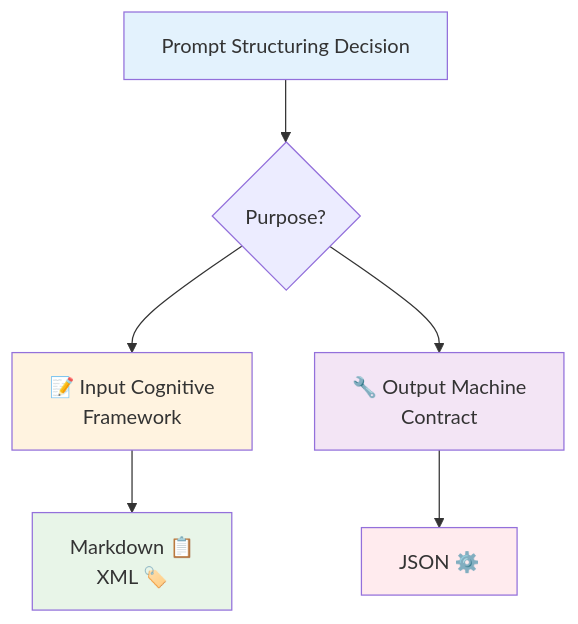
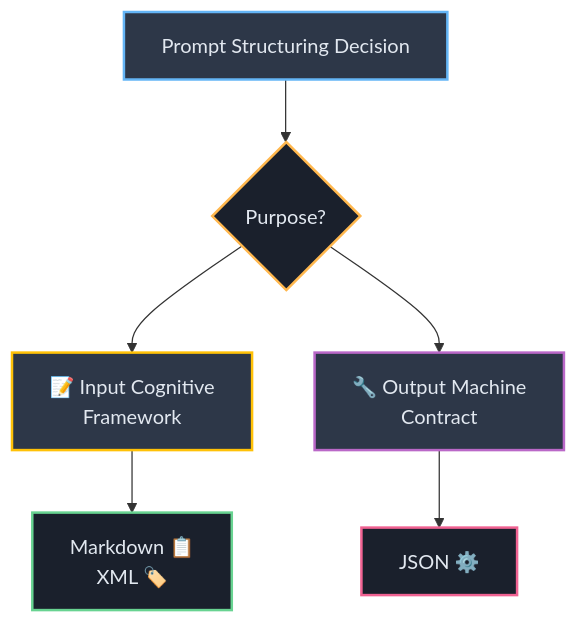
The first of 5 diagrams in Part_I_Section_2_Structuring_Prompts_A_Comparative_Analysis_of_Delimiters.md (josemlopez/prompt_tutorial), drawn with Mermaid before and after one commit. The commit also changed other lines of this file and 7 other files, not shown here.

````diff
--- a/Part_I_Section_2_Structuring_Prompts_A_Comparative_Analysis_of_Delimiters.md
+++ b/Part_I_Section_2_Structuring_Prompts_A_Comparative_Analysis_of_Delimiters.md
@@ -5,16 +5,17 @@
 ```mermaid
 graph TB
-    A[Prompt Structuring Decision] --> B{Purpose?}
-    
-    B --> C[📝 Input Cognitive<br/>Framework]
-    B --> D[🔧 Output Machine<br/>Contract]
-    
-    C --> E[Markdown 📋<br/>XML 🏷️]
-    D --> F[JSON ⚙️]
-    
-    style A fill:#e3f2fd
-    style C fill:#fff3e0
-    style D fill:#f3e5f5
-    style E fill:#e8f5e8
-    style F fill:#ffebee
+   A[Prompt Structuring Decision] --> B{Purpose?}
+   
+   B --> C[📝 Input Cognitive<br/>Framework]
+   B --> D[🔧 Output Machine<br/>Contract]
+   
+   C --> E[Markdown 📋<br/>XML 🏷️]
+   D --> F[JSON ⚙️]
+   
+   style A fill:#2d3748,stroke:#64b5f6,stroke-width:2px,color:#e2e8f0
+   style B fill:#1a202c,stroke:#ffb74d,stroke-width:2px,color:#e2e8f0
+   style C fill:#2d3748,stroke:#ffc107,stroke-width:2px,color:#e2e8f0
+   style D fill:#2d3748,stroke:#ba68c8,stroke-width:2px,color:#e2e8f0
+   style E fill:#1a202c,stroke:#68d391,stroke-width:2px,color:#e2e8f0
+   style F fill:#1a202c,stroke:#f06292,stroke-width:2px,color:#e2e8f0
 ```
````
